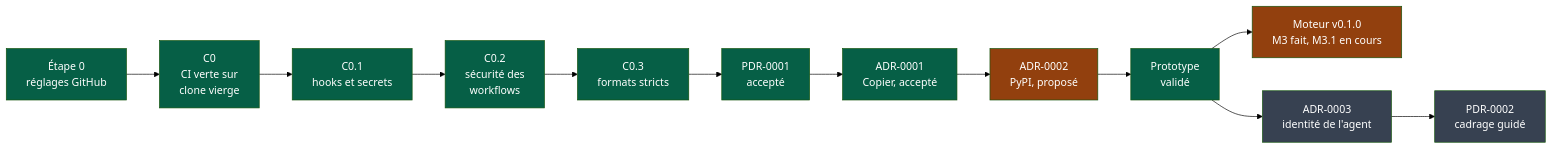
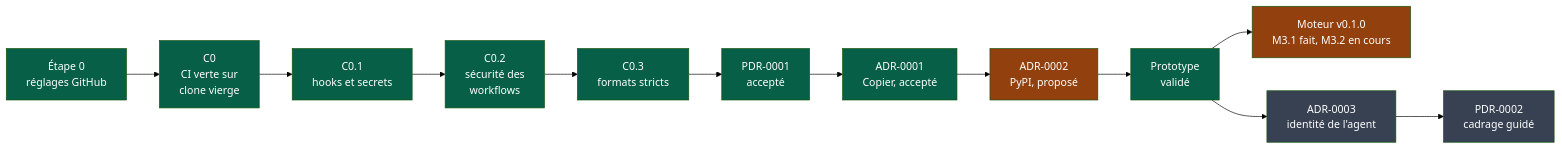
Before and after one commit to NapkinStack/engineering-os: the first of 2 diagrams in docs/governance/chantiers.md, drawn with Mermaid (forest theme). The commit also changed other lines of this file and 22 other files, not shown here.

````diff
--- a/docs/governance/chantiers.md
+++ b/docs/governance/chantiers.md
@@ -10,19 +10,19 @@
 ```mermaid
 flowchart LR
     S0["Étape 0<br/>réglages GitHub"]:::fait --> C0["C0<br/>CI verte sur<br/>clone vierge"]:::fait
     C0 --> C01["C0.1<br/>hooks et secrets"]:::fait
     C01 --> C02["C0.2<br/>sécurité des<br/>workflows"]:::fait
     C02 --> C03["C0.3<br/>formats stricts"]:::fait
     C03 --> PDR["PDR-0001<br/>accepté"]:::fait
     PDR --> A1["ADR-0001<br/>Copier, accepté"]:::fait
     A1 --> A2["ADR-0002<br/>PyPI, proposé"]:::partiel
     A2 --> PT["Prototype<br/>validé"]:::fait
-    PT --> RP["Moteur v0.1.0<br/>M3 fait, M3.1 en cours"]:::partiel
+    PT --> RP["Moteur v0.1.0<br/>M3.1 fait, M3.2 en cours"]:::partiel
     PT --> A3["ADR-0003<br/>identité de l'agent"]:::afaire
     A3 --> P2["PDR-0002<br/>cadrage guidé"]:::afaire
 
     classDef fait fill:#065f46,color:#fff
     classDef partiel fill:#92400e,color:#fff
     classDef afaire fill:#374151,color:#fff
     classDef bloque fill:#7c2d12,color:#fff
 ```
````
